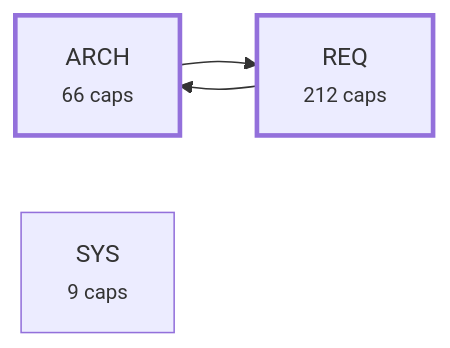
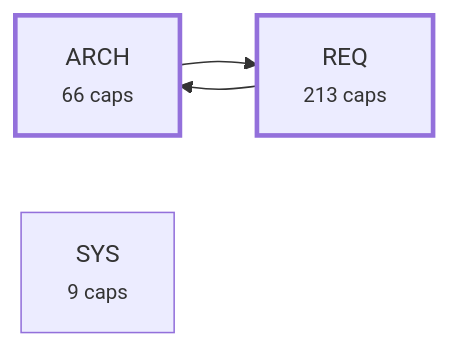
The third of 4 diagrams in plugin/requirements/_map.md (alxmax/Requirement-manager), drawn with Mermaid before and after one commit. The commit also changed other lines of this file and 23 other files, not shown here.

````diff
--- a/plugin/requirements/_map.md
+++ b/plugin/requirements/_map.md
@@ -1049,10 +1050,10 @@
 ```mermaid
 graph LR
   a_ARCH["ARCH<br><small>66 caps</small>"]
-  a_REQ["REQ<br><small>212 caps</small>"]
+  a_REQ["REQ<br><small>213 caps</small>"]
   a_SYS["SYS<br><small>9 caps</small>"]
   a_ARCH --> a_REQ
   a_REQ --> a_ARCH
   style a_ARCH stroke-width:3px
   style a_REQ stroke-width:3px
 ```
````
